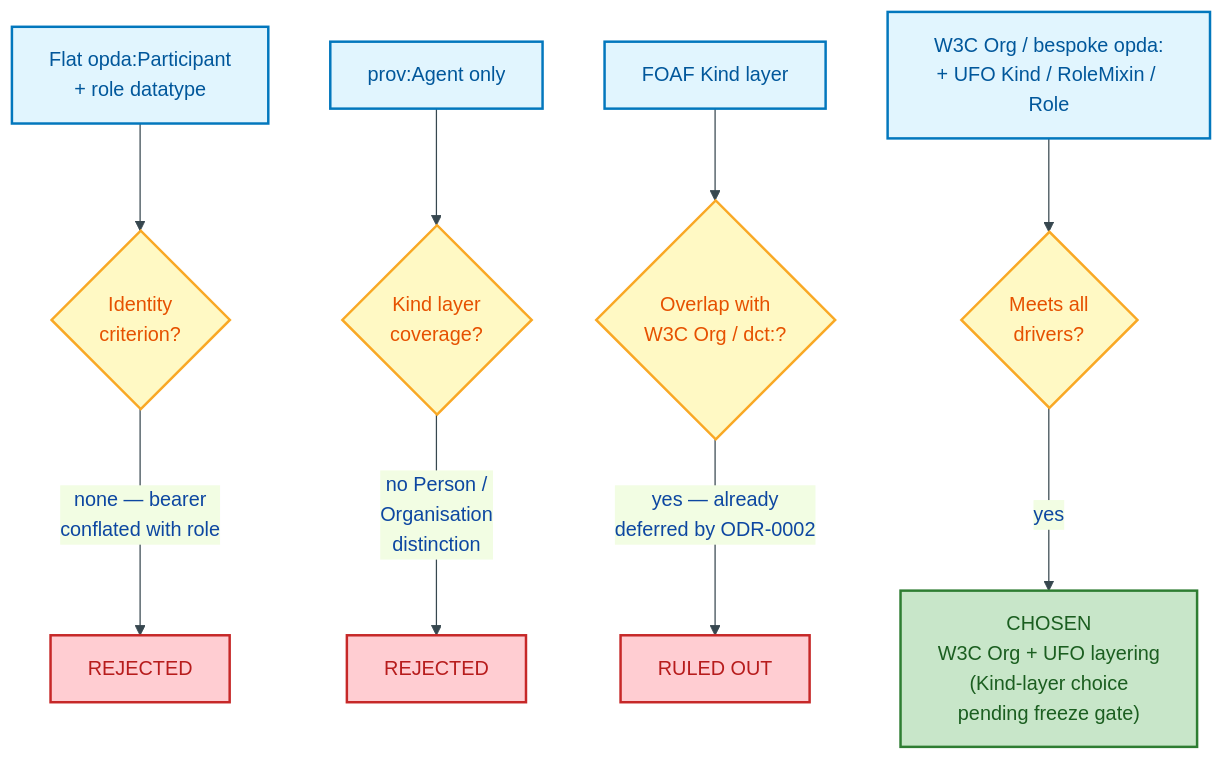
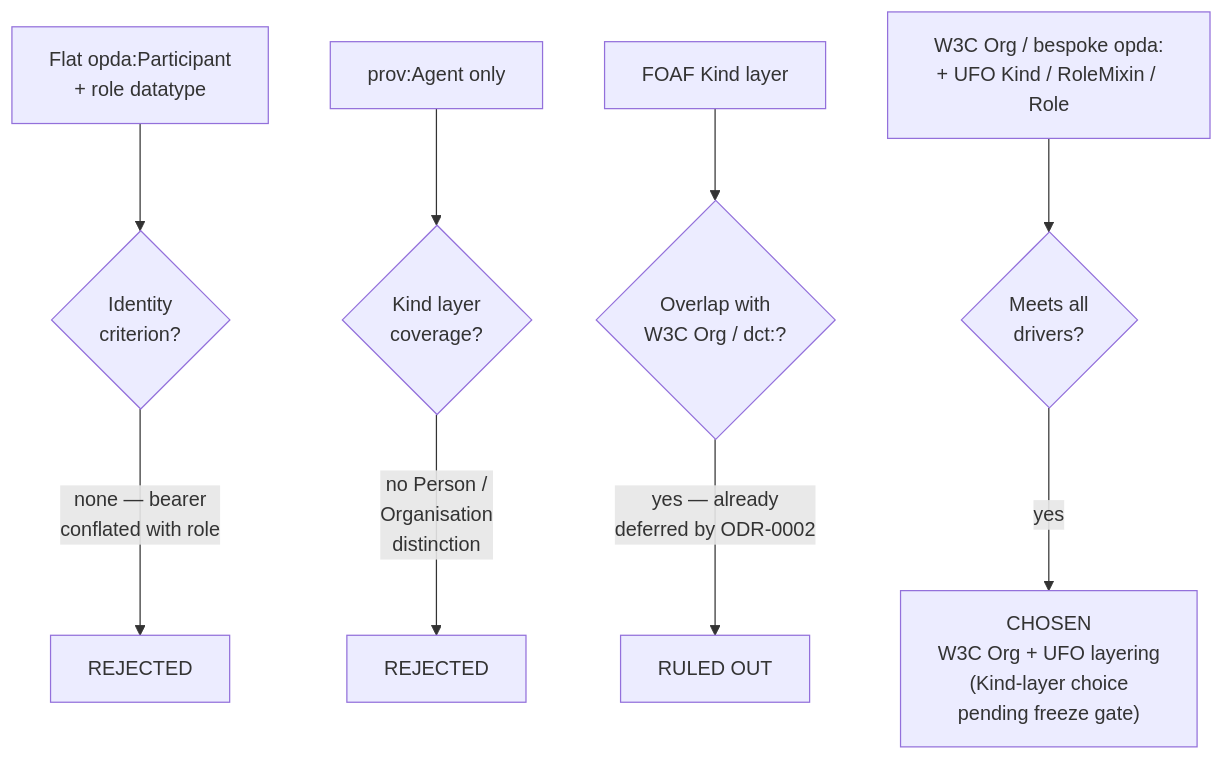
Before and after one commit to sparkling/opda: the fourth of 4 diagrams in docs/ontology/odr/ODR-0006-agents-and-roles.md, drawn with Mermaid. The commit also changed other lines of this file and 25 other files, not shown here.

````diff
--- a/docs/ontology/odr/ODR-0006-agents-and-roles.md
+++ b/docs/ontology/odr/ODR-0006-agents-and-roles.md
@@ -223,22 +214,17 @@
 ```mermaid
-%%{init:{"theme":"base","themeVariables":{"primaryColor":"#E3F2FD","primaryTextColor":"#0D47A1","primaryBorderColor":"#1565C0","lineColor":"#37474F"}}}%%
 flowchart TD
     accTitle: Agent layer design decision
     accDescr: Decision path ruling out flat Participant, prov:Agent-only, and FOAF, arriving at W3C Org plus UFO layering
-    classDef process fill:#E1F5FE,stroke:#0277BD,stroke-width:2px,color:#01579B
-    classDef decision fill:#FFF9C4,stroke:#F9A825,stroke-width:2px,color:#E65100
-    classDef reject fill:#FFCDD2,stroke:#C62828,stroke-width:2px,color:#B71C1C
-    classDef chosen fill:#C8E6C9,stroke:#2E7D32,stroke-width:2px,color:#1B5E20
 
-    A["Flat opda:Participant<br/>+ role datatype"]:::process --> D1{"Identity<br/>criterion?"}:::decision
-    D1 -->|"none — bearer<br/>conflated with role"| R1["REJECTED"]:::reject
+    A["Flat opda:Participant<br/>+ role datatype"]:::process --> D1{"Identity<br/>criterion?"}:::warning
+    D1 -->|"none — bearer<br/>conflated with role"| R1["REJECTED"]:::error
 
-    B["prov:Agent only"]:::process --> D2{"Kind layer<br/>coverage?"}:::decision
-    D2 -->|"no Person /<br/>Organisation<br/>distinction"| R2["REJECTED"]:::reject
+    B["prov:Agent only"]:::process --> D2{"Kind layer<br/>coverage?"}:::warning
+    D2 -->|"no Person /<br/>Organisation<br/>distinction"| R2["REJECTED"]:::error
 
-    C["FOAF Kind layer"]:::process --> D3{"Overlap with<br/>W3C Org / dct:?"}:::decision
-    D3 -->|"yes — already<br/>deferred by ODR-0002"| R3["RULED OUT"]:::reject
+    C["FOAF Kind layer"]:::process --> D3{"Overlap with<br/>W3C Org / dct:?"}:::warning
+    D3 -->|"yes — already<br/>deferred by ODR-0002"| R3["RULED OUT"]:::error
 
-    E["W3C Org / bespoke opda:<br/>+ UFO Kind / RoleMixin / Role"]:::process --> D4{"Meets all<br/>drivers?"}:::decision
-    D4 -->|"yes"| CH["CHOSEN<br/>W3C Org + UFO layering<br/>(Kind-layer choice<br/>pending freeze gate)"]:::chosen
+    E["W3C Org / bespoke opda:<br/>+ UFO Kind / RoleMixin / Role"]:::process --> D4{"Meets all<br/>drivers?"}:::warning
+    D4 -->|"yes"| CH["CHOSEN<br/>W3C Org + UFO layering<br/>(Kind-layer choice<br/>pending freeze gate)"]:::success
 ```
````
